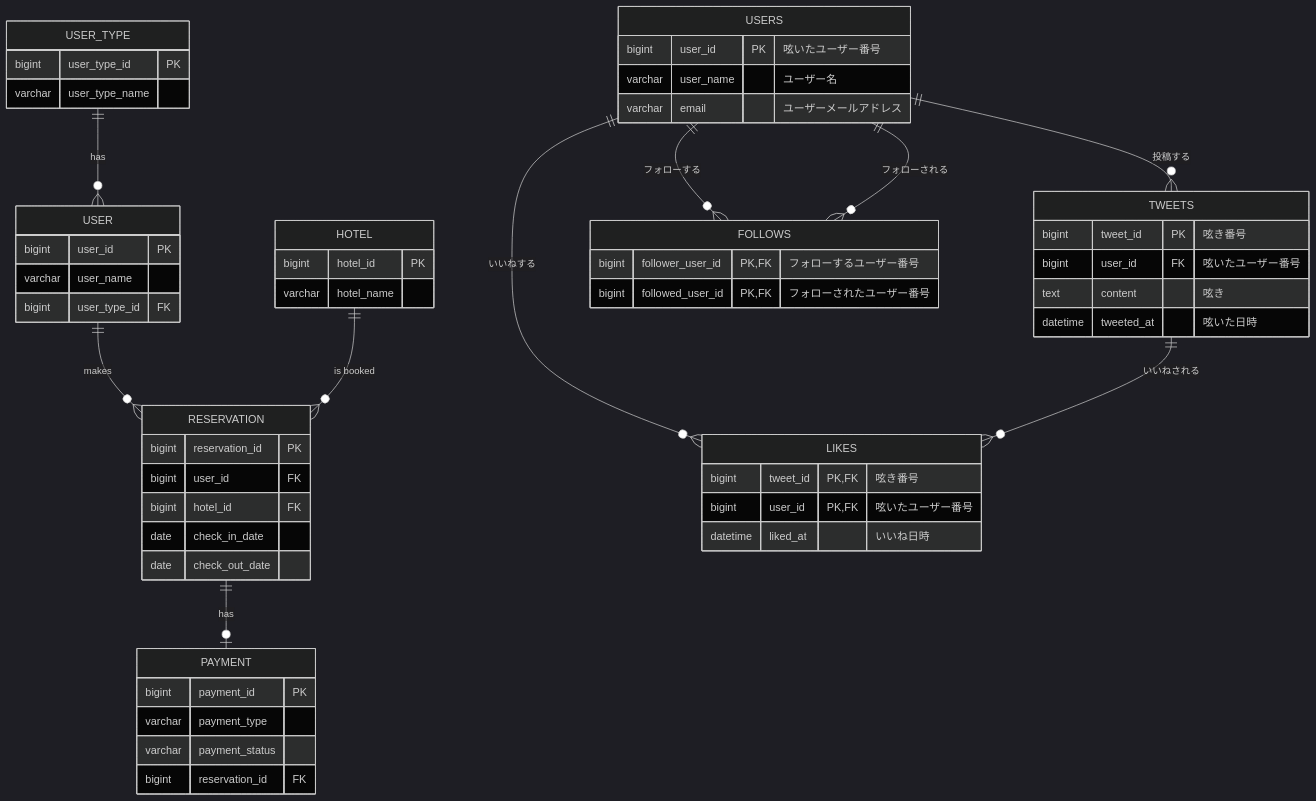
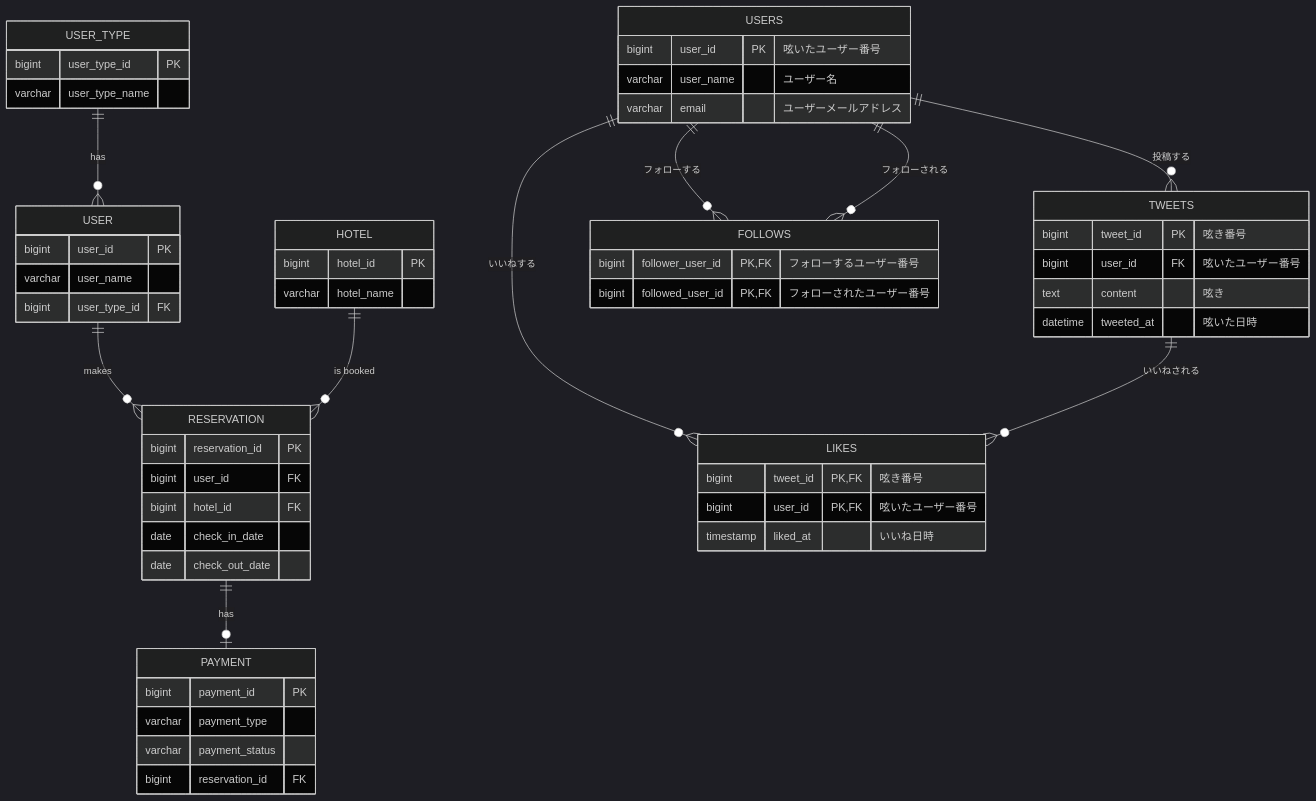
Before and after one commit to ms-engineer-bc26-09/Junko-Kimura_section_2-2: the diagram in er.mmd, drawn with Mermaid (dark theme).

Commit message:
つぶやきテーブルER図修正

```diff
--- a/er.mmd
+++ b/er.mmd
@@ -1,68 +1,68 @@
 erDiagram
     USER_TYPE ||--o{ USER : "has"
     USER ||--o{ RESERVATION : "makes"
     HOTEL ||--o{ RESERVATION : "is booked"
     RESERVATION ||--o| PAYMENT : "has"
 
     USER_TYPE {
         bigint user_type_id PK
         varchar user_type_name
     }
 
     USER {
         bigint user_id PK
         varchar user_name
         bigint user_type_id FK
     }
 
     HOTEL {
         bigint hotel_id PK
         varchar hotel_name
     }
 
     RESERVATION {
         bigint reservation_id PK
         bigint user_id FK
         bigint hotel_id FK
         date check_in_date
         date check_out_date
     }
 
     PAYMENT {
         bigint payment_id PK
         varchar payment_type
         varchar payment_status
         bigint reservation_id FK
     }
 
 
 
     USERS ||--o{ TWEETS : "投稿する"
     USERS ||--o{ LIKES : "いいねする"
     TWEETS ||--o{ LIKES : "いいねされる"
     USERS ||--o{ FOLLOWS : "フォローする"
     USERS ||--o{ FOLLOWS : "フォローされる"
 
     USERS {
         bigint user_id PK "呟いたユーザー番号"
         varchar user_name "ユーザー名"
         varchar email "ユーザーメールアドレス"
     }
 
     TWEETS {
         bigint tweet_id PK "呟き番号"
         bigint user_id FK "呟いたユーザー番号"
         text content "呟き"
         datetime tweeted_at "呟いた日時"
     }
 
     LIKES {
         bigint tweet_id PK, FK "呟き番号"
         bigint user_id PK, FK "呟いたユーザー番号"
-        datetime liked_at "いいね日時"
+        timestamp liked_at "いいね日時"
     }
 
     FOLLOWS {
         bigint follower_user_id PK, FK "フォローするユーザー番号"
         bigint followed_user_id PK, FK "フォローされたユーザー番号"
     }    
```
